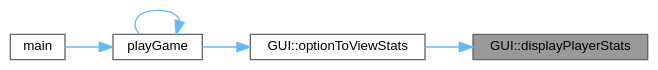
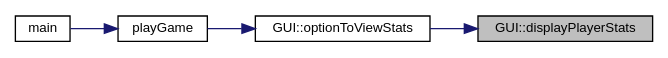
Before and after one commit to jesstyrrell/cosc345: the diagram in class_g_u_i_a87d629d180139474a648efe907a68ba0_icgraph.dot, drawn with Graphviz. The commit also changed 620 other files, not shown here.

```diff
--- a/class_g_u_i_a87d629d180139474a648efe907a68ba0_icgraph.dot
+++ b/class_g_u_i_a87d629d180139474a648efe907a68ba0_icgraph.dot
@@ -1,17 +1,15 @@
 digraph "GUI::displayPlayerStats"
 {
  // INTERACTIVE_SVG=YES
  // LATEX_PDF_SIZE
-  bgcolor="transparent";
-  edge [fontname=Helvetica,fontsize=10,labelfontname=Helvetica,labelfontsize=10];
-  node [fontname=Helvetica,fontsize=10,shape=box,height=0.2,width=0.4];
+  edge [fontname="Helvetica",fontsize="10",labelfontname="Helvetica",labelfontsize="10"];
+  node [fontname="Helvetica",fontsize="10",shape=record];
   rankdir="RL";
-  Node1 [id="Node000001",label="GUI::displayPlayerStats",height=0.2,width=0.4,color="gray40", fillcolor="grey60", style="filled", fontcolor="black",tooltip="Displays the winner of the game."];
-  Node1 -> Node2 [id="edge1_Node000001_Node000002",dir="back",color="steelblue1",style="solid",tooltip=" "];
-  Node2 [id="Node000002",label="GUI::optionToViewStats",height=0.2,width=0.4,color="grey40", fillcolor="white", style="filled",URL="$class_g_u_i.html#a3d15e32e3941d3a113a3dce89a3cab25",tooltip="Displays the menu to view player stats."];
-  Node2 -> Node3 [id="edge2_Node000002_Node000003",dir="back",color="steelblue1",style="solid",tooltip=" "];
-  Node3 [id="Node000003",label="playGame",height=0.2,width=0.4,color="grey40", fillcolor="white", style="filled",URL="$main_8cpp.html#a4cbfdb17bf51e00546880626f7e80429",tooltip=" "];
-  Node3 -> Node4 [id="edge3_Node000003_Node000004",dir="back",color="steelblue1",style="solid",tooltip=" "];
-  Node4 [id="Node000004",label="main",height=0.2,width=0.4,color="grey40", fillcolor="white", style="filled",URL="$main_8cpp.html#a0ddf1224851353fc92bfbff6f499fa97",tooltip=" "];
-  Node3 -> Node3 [id="edge4_Node000003_Node000003",dir="back",color="steelblue1",style="solid",tooltip=" "];
+  Node1 [label="GUI::displayPlayerStats",height=0.2,width=0.4,color="black", fillcolor="grey75", style="filled", fontcolor="black",tooltip="Displays the winner of the game."];
+  Node1 -> Node2 [dir="back",color="midnightblue",fontsize="10",style="solid",fontname="Helvetica"];
+  Node2 [label="GUI::optionToViewStats",height=0.2,width=0.4,color="black", fillcolor="white", style="filled",URL="$class_g_u_i.html#a3d15e32e3941d3a113a3dce89a3cab25",tooltip="Displays the menu to view player stats."];
+  Node2 -> Node3 [dir="back",color="midnightblue",fontsize="10",style="solid",fontname="Helvetica"];
+  Node3 [label="playGame",height=0.2,width=0.4,color="black", fillcolor="white", style="filled",URL="$main_8cpp.html#a4cbfdb17bf51e00546880626f7e80429",tooltip=" "];
+  Node3 -> Node4 [dir="back",color="midnightblue",fontsize="10",style="solid",fontname="Helvetica"];
+  Node4 [label="main",height=0.2,width=0.4,color="black", fillcolor="white", style="filled",URL="$main_8cpp.html#a0ddf1224851353fc92bfbff6f499fa97",tooltip=" "];
 }
```
